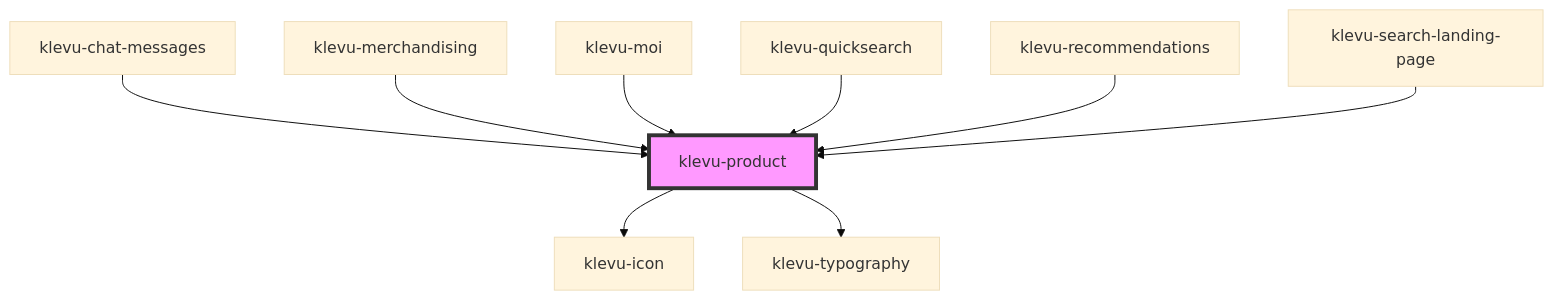
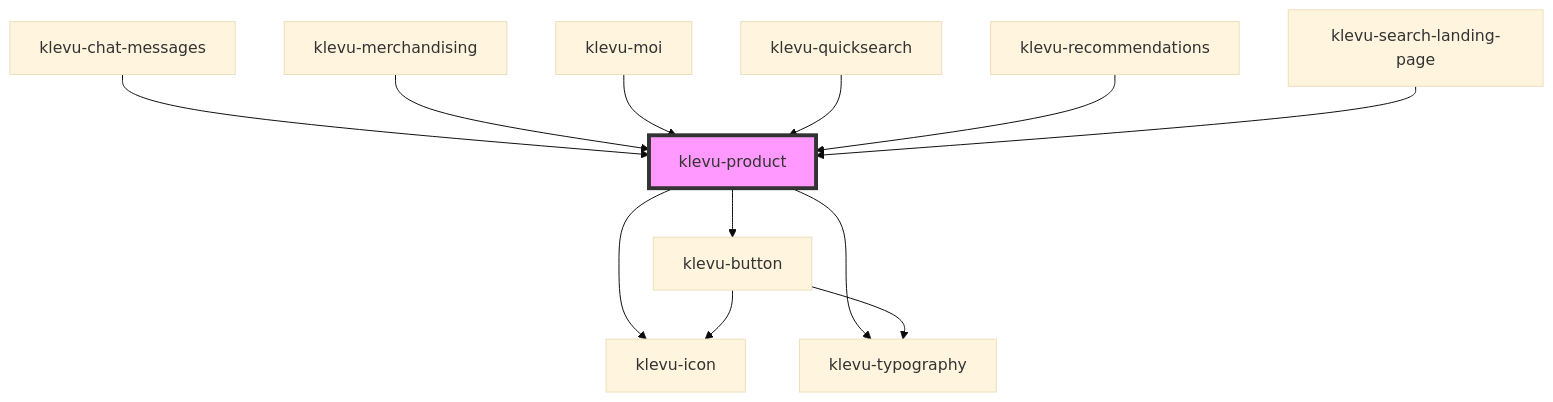
One commit to klevultd/frontend-sdk changed the diagram in packages/klevu-ui/src/components/klevu-product/readme.md. Above: the diagram before and after it, drawn with Mermaid (base theme). The commit also changed other lines of this file and 24 other files, not shown here.

First line of the commit message:
UI: KMC add to cart button to product

````diff
--- a/packages/klevu-ui/src/components/klevu-product/readme.md
+++ b/packages/klevu-ui/src/components/klevu-product/readme.md
@@ -75,12 +79,15 @@
 ```mermaid
 graph TD;
   klevu-product --> klevu-icon
   klevu-product --> klevu-typography
+  klevu-product --> klevu-button
+  klevu-button --> klevu-icon
+  klevu-button --> klevu-typography
   klevu-chat-messages --> klevu-product
   klevu-merchandising --> klevu-product
   klevu-moi --> klevu-product
   klevu-quicksearch --> klevu-product
   klevu-recommendations --> klevu-product
   klevu-search-landing-page --> klevu-product
   style klevu-product fill:#f9f,stroke:#333,stroke-width:4px
 ```
````
